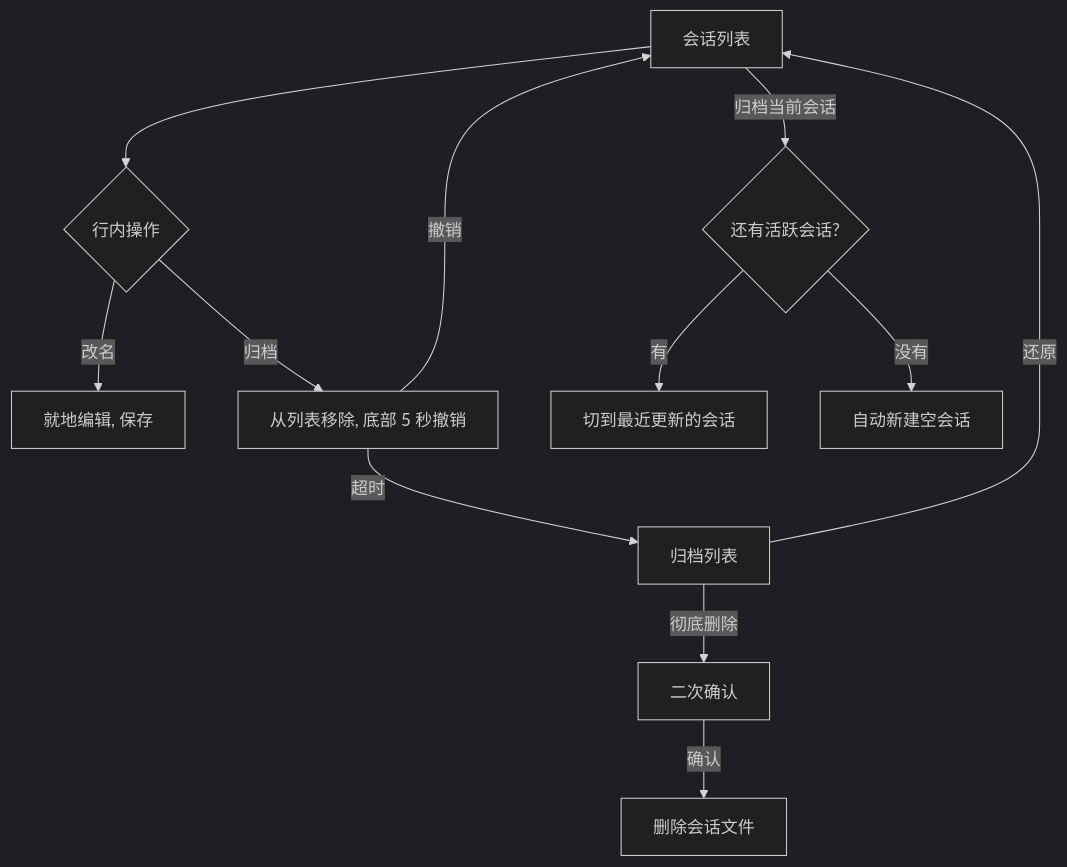
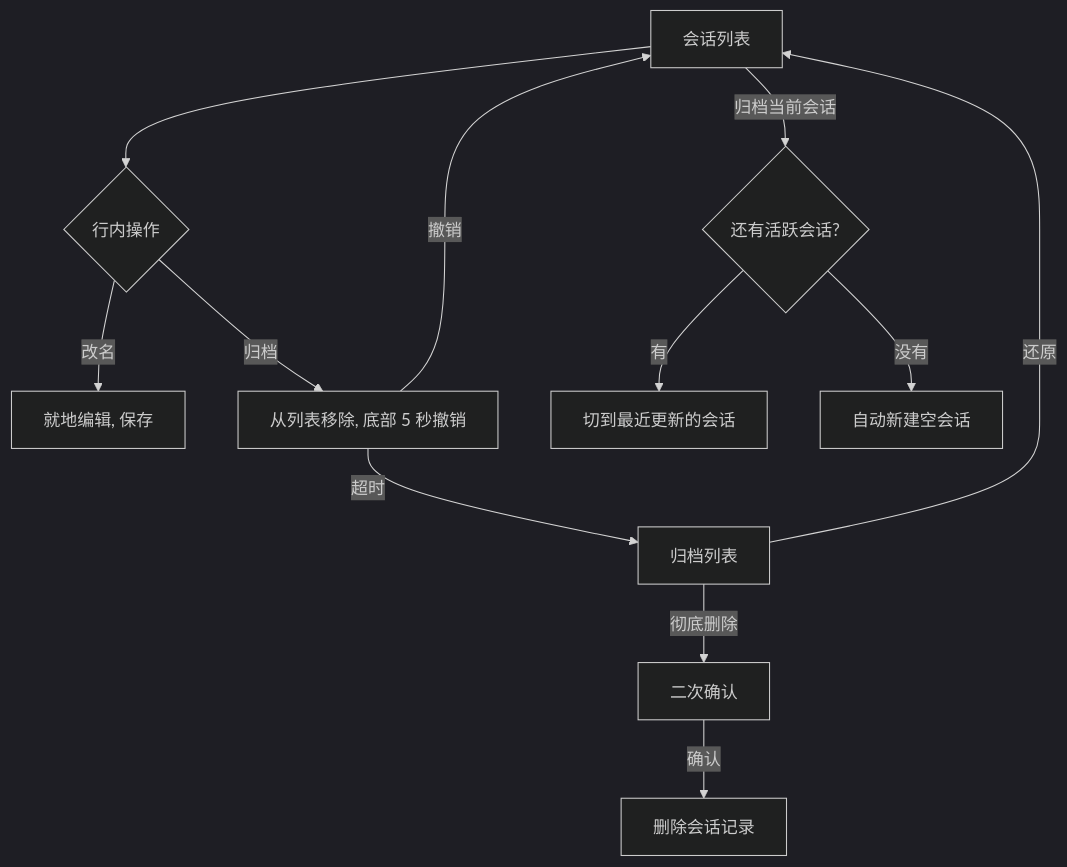
Before and after one commit to fa3eng/jelly: the diagram in docs/changes/JELLY-5-session-delete-and-ui/intent.md, drawn with Mermaid (dark theme). The commit also changed other lines of this file, not shown here.

````diff
--- a/docs/changes/JELLY-5-session-delete-and-ui/intent.md
+++ b/docs/changes/JELLY-5-session-delete-and-ui/intent.md
@@ -109,14 +123,14 @@
 ```mermaid
 flowchart TD
   A[会话列表] --> B{行内操作}
   B -->|改名| C[就地编辑, 保存]
   B -->|归档| D[从列表移除, 底部 5 秒撤销]
   D -->|撤销| A
   D -->|超时| E[归档列表]
   E -->|还原| A
   E -->|彻底删除| F[二次确认]
-  F -->|确认| G[删除会话文件]
+  F -->|确认| G[删除会话记录]
   A -->|归档当前会话| H{还有活跃会话?}
   H -->|有| I[切到最近更新的会话]
   H -->|没有| J[自动新建空会话]
 ```
````
